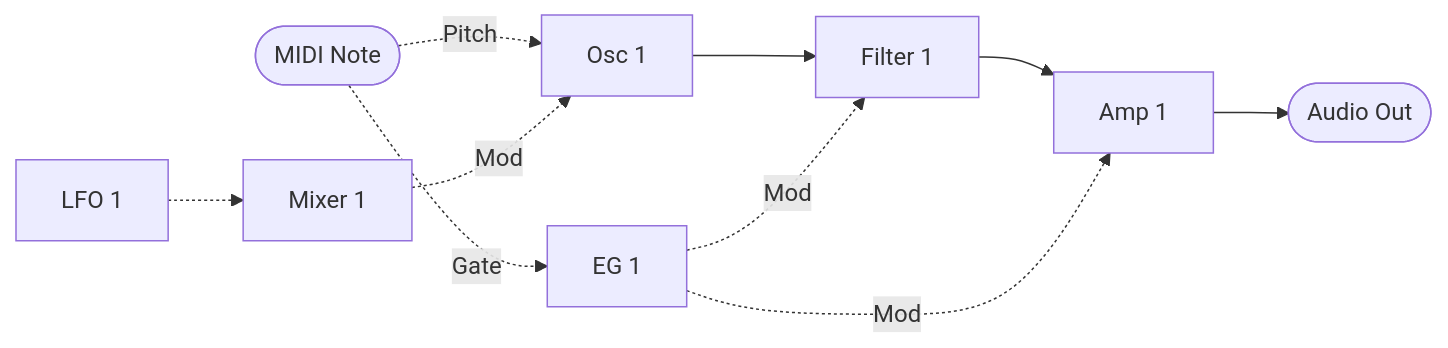
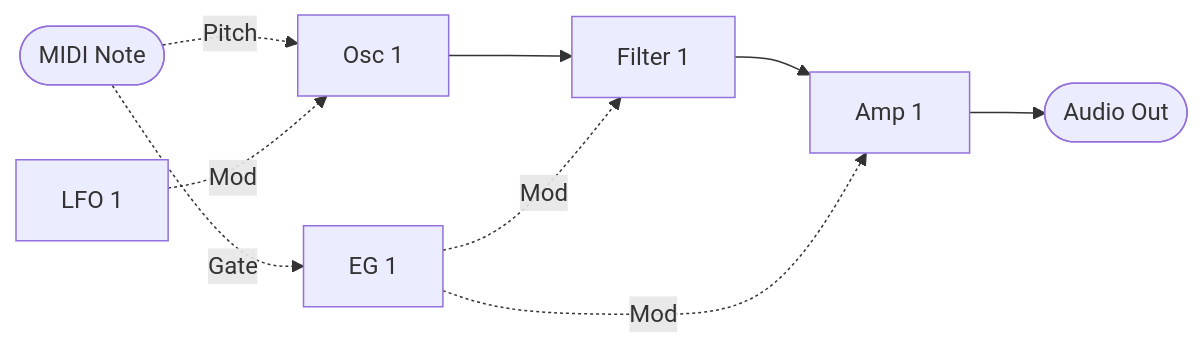
The first of 4 diagrams in spms1_type1/README.ja.md (risgk/midi_synthesizer_spms1), drawn with Mermaid before and after one commit. The commit also changed other lines of this file and 7 other files, not shown here.

Commit message:
type-1: Add LFO 1 Level and Polarity, and route the LFO straight to Osc 1

````diff
--- a/spms1_type1/README.ja.md
+++ b/spms1_type1/README.ja.md
@@ -150,22 +150,20 @@
 ```mermaid
 flowchart LR
   NOTE([MIDI Note])
   LFO[LFO 1]
-  MIX1[Mixer 1]
   EG[EG 1]
   OSC[Osc 1]
   FILTER[Filter 1]
   AMP[Amp 1]
   OUT([Audio Out])
 
   OSC --> FILTER
   FILTER --> AMP
   AMP --> OUT
 
   NOTE -. Gate .-> EG
   NOTE -. Pitch .-> OSC
-  LFO -.-> MIX1
-  MIX1 -. Mod .-> OSC
+  LFO -. Mod .-> OSC
   EG -. Mod .-> FILTER
   EG -. Mod .-> AMP
 ```
````
